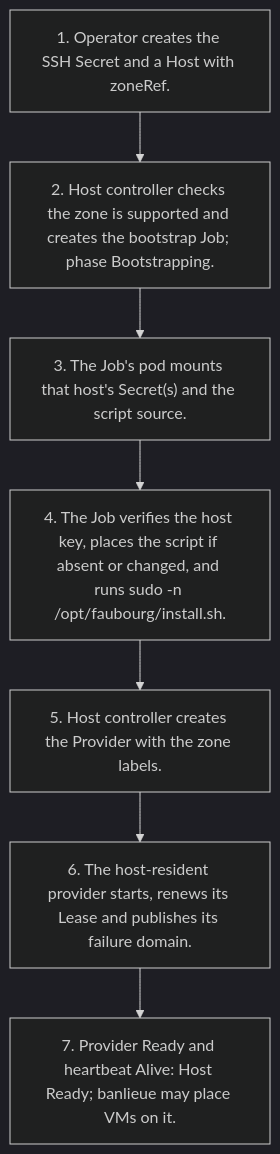
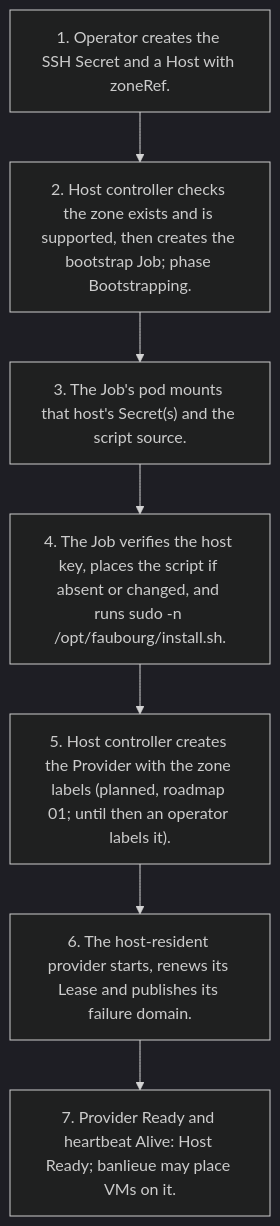
One commit to firestoned/faubourg changed the diagram in docs/architecture/diagrams/flows.md. Above: the diagram before and after it, drawn with Mermaid (dark theme). The commit also changed 35 other files, not shown here.

First line of the commit message:
feat(controller): the Host reconciler (ADR-0009, roadmap 01) (#5)

````diff
--- a/docs/architecture/diagrams/flows.md
+++ b/docs/architecture/diagrams/flows.md
@@ -22,11 +22,11 @@
 ```mermaid
 flowchart TD
     t1["1. Operator creates the SSH Secret and a Host with zoneRef."]
-    t2["2. Host controller checks the zone is supported and creates the bootstrap Job; phase Bootstrapping."]
+    t2["2. Host controller checks the zone exists and is supported, then creates the bootstrap Job; phase Bootstrapping."]
     t3["3. The Job's pod mounts that host's Secret(s) and the script source."]
     t4["4. The Job verifies the host key, places the script if absent or changed, and runs sudo -n /opt/faubourg/install.sh."]
-    t5["5. Host controller creates the Provider with the zone labels."]
+    t5["5. Host controller creates the Provider with the zone labels (planned, roadmap 01; until then an operator labels it)."]
     t6["6. The host-resident provider starts, renews its Lease and publishes its failure domain."]
     t7["7. Provider Ready and heartbeat Alive: Host Ready; banlieue may place VMs on it."]
     t1 --> t2 --> t3 --> t4 --> t5 --> t6 --> t7
 ```
````
